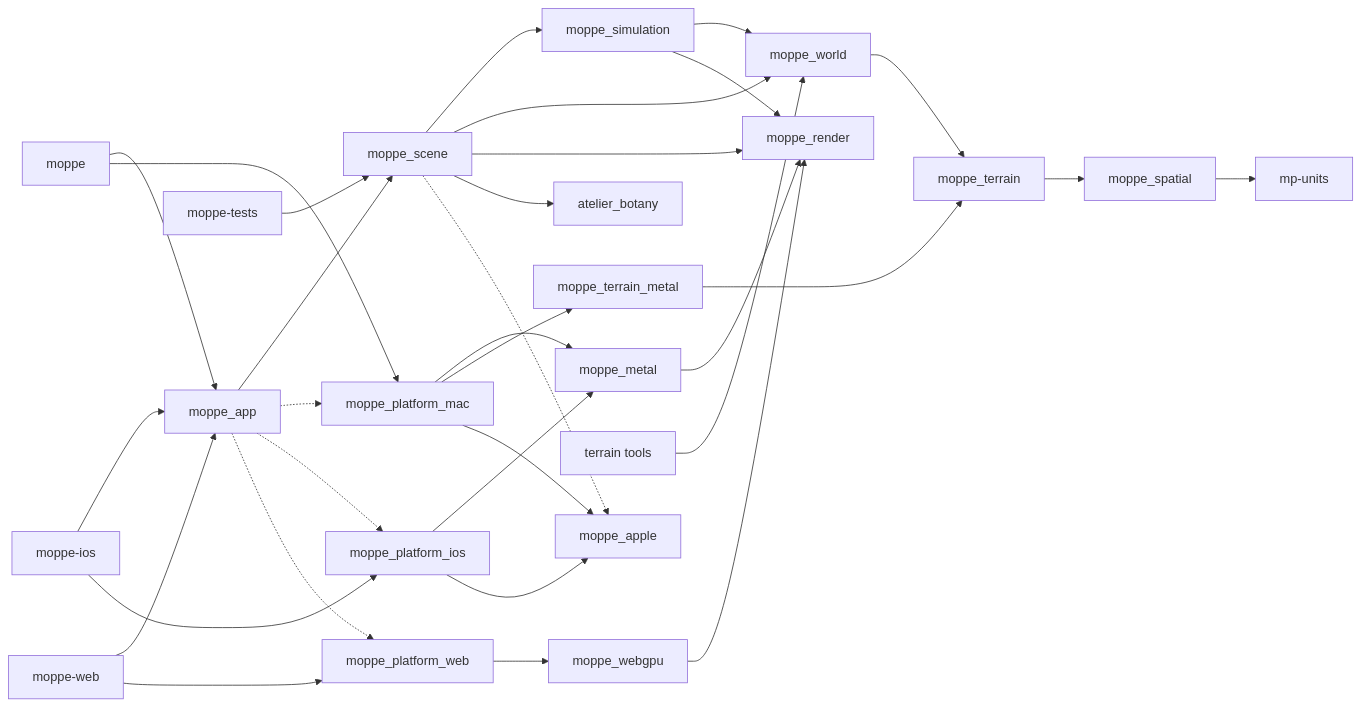
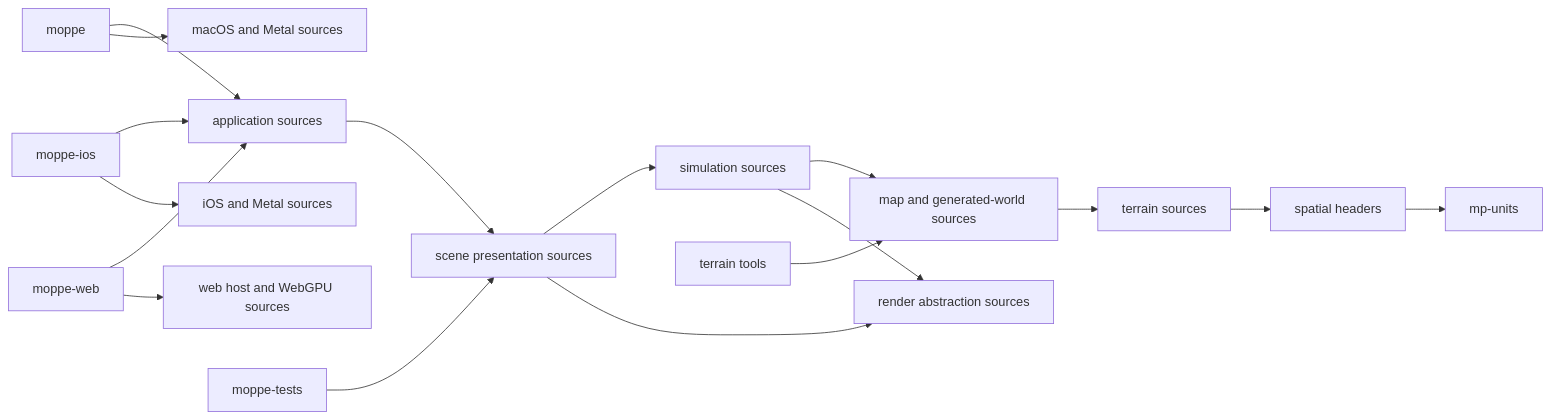
The second of 2 diagrams in docs/engine-atlas.md (mbrock/moppe), drawn with Mermaid before and after one commit. The commit also changed other lines of this file and 8 other files, not shown here.

````diff
--- a/docs/engine-atlas.md
+++ b/docs/engine-atlas.md
@@ -134,34 +137,19 @@
 ```mermaid
 flowchart LR
-  spatial["moppe_spatial"] --> units["mp-units"]
-  terrain["moppe_terrain"] --> spatial
-  world["moppe_world"] --> terrain
-  simulation["moppe_simulation"] --> world
-  simulation --> render["moppe_render"]
-  scene["moppe_scene"] --> simulation
-  scene --> world
+  spatial["spatial headers"] --> units["mp-units"]
+  terrain["terrain sources"] --> spatial
+  world["map and generated-world sources"] --> terrain
+  simulation["simulation sources"] --> world
+  simulation --> render["render abstraction sources"]
+  scene["scene presentation sources"] --> simulation
   scene --> render
-  scene --> botany["atelier_botany"]
-  scene -.-> apple["moppe_apple"]
-  app["moppe_app"] --> scene
-  app -.-> mac["moppe_platform_mac"]
-  app -.-> ios["moppe_platform_ios"]
-  app -.-> web["moppe_platform_web"]
-  metal["moppe_metal"] --> render
-  webgpu["moppe_webgpu"] --> render
-  terrain_metal["moppe_terrain_metal"] --> terrain
-  mac --> metal
-  mac --> terrain_metal
-  mac --> apple
-  ios --> metal
-  ios --> apple
-  web --> webgpu
+  app["application sources"] --> scene
   desktop["moppe"] --> app
-  desktop --> mac
+  desktop --> mac["macOS and Metal sources"]
   phone["moppe-ios"] --> app
-  phone --> ios
+  phone --> ios["iOS and Metal sources"]
   browser["moppe-web"] --> app
-  browser --> web
+  browser --> web["web host and WebGPU sources"]
   tests["moppe-tests"] --> scene
   tools["terrain tools"] --> world
 ```
````
